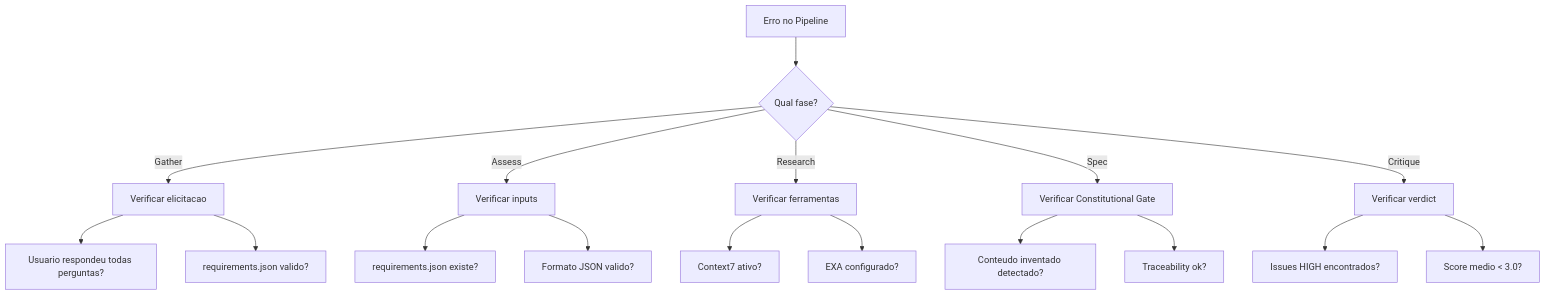
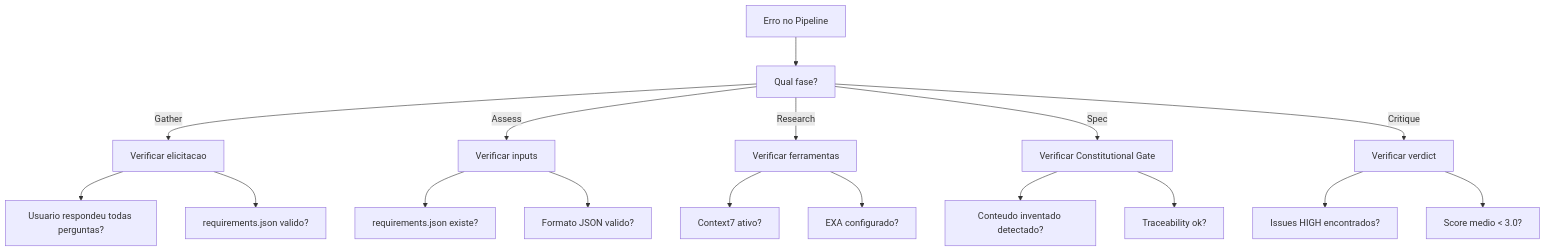
Before and after one commit to bychrisr/aios-docs: diagram 17 of 17 in content/en/docs/guides/workflows/SPEC-PIPELINE-WORKFLOW.mdx, drawn with Mermaid. The commit also changed other lines of this file and 40 other files, not shown here.

````diff
--- a/content/en/docs/guides/workflows/SPEC-PIPELINE-WORKFLOW.mdx
+++ b/content/en/docs/guides/workflows/SPEC-PIPELINE-WORKFLOW.mdx
@@ -920,24 +920,24 @@
 ```mermaid
 flowchart TB
-    E["Erro no Pipeline"] --> E1{"Qual fase?"}
+    E["Erro no Pipeline"] --> E1["Qual fase?"]
 
     E1 -->|Gather| G["Verificar elicitacao"]
     G --> G1["Usuario respondeu todas perguntas?"]
     G --> G2["requirements.json valido?"]
 
     E1 -->|Assess| A["Verificar inputs"]
     A --> A1["requirements.json existe?"]
     A --> A2["Formato JSON valido?"]
 
     E1 -->|Research| R["Verificar ferramentas"]
     R --> R1["Context7 ativo?"]
     R --> R2["EXA configurado?"]
 
     E1 -->|Spec| S["Verificar Constitutional Gate"]
     S --> S1["Conteudo inventado detectado?"]
     S --> S2["Traceability ok?"]
 
     E1 -->|Critique| C["Verificar verdict"]
     C --> C1["Issues HIGH encontrados?"]
     C --> C2["Score medio < 3.0?"]
 ```
````
